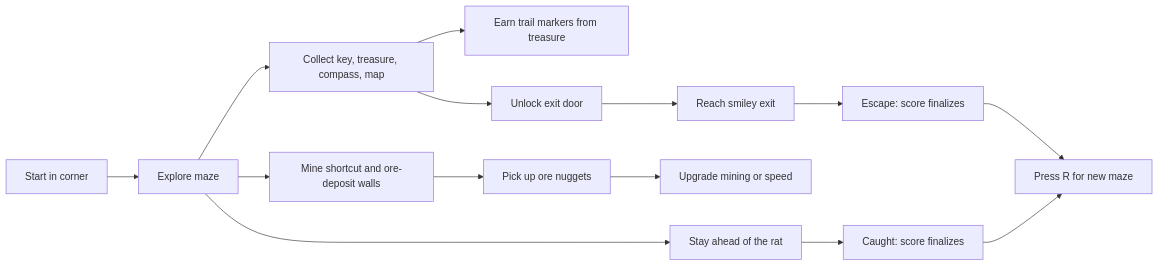
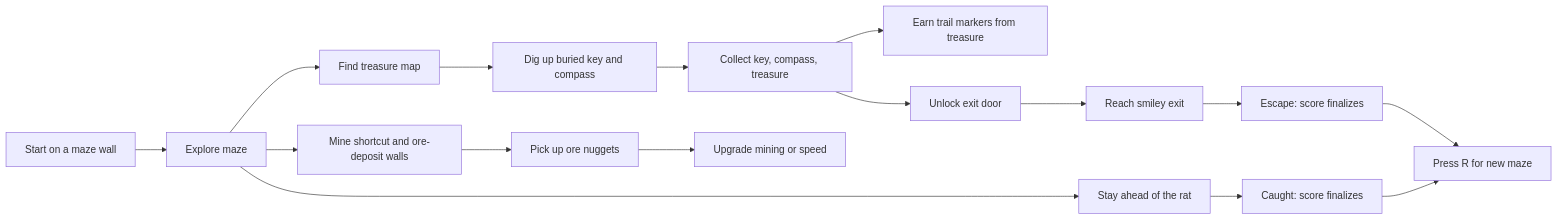
One commit to WilliamNHarvey/monkey-miner-rs changed the diagram in README.md. Above: the diagram before and after it, drawn with Mermaid. The commit also changed other lines of this file and 4 other files, not shown here.

Commit message:
Make treasure buried so treasure map is a main objective and progress is more linear

````diff
--- a/README.md
+++ b/README.md
@@ -13,16 +13,18 @@
 ```mermaid
 flowchart LR
-    Start[Start in corner] --> Explore[Explore maze]
-    Explore --> Collect[Collect key, treasure, compass, map]
+    Start[Start on a maze wall] --> Explore[Explore maze]
+    Explore --> Map[Find treasure map]
+    Map --> Dig[Dig up buried key and compass]
+    Dig --> Collect[Collect key, compass, treasure]
     Explore --> Mine[Mine shortcut and ore-deposit walls]
     Mine --> Ore[Pick up ore nuggets]
     Ore --> Upgrade[Upgrade mining or speed]
     Collect --> Markers[Earn trail markers from treasure]
     Collect --> Door[Unlock exit door]
     Door --> Exit[Reach smiley exit]
     Explore --> Rat[Stay ahead of the rat]
     Rat --> Caught[Caught: score finalizes]
     Exit --> Win[Escape: score finalizes]
     Caught --> Restart[Press R for new maze]
     Win --> Restart
 ```
````
